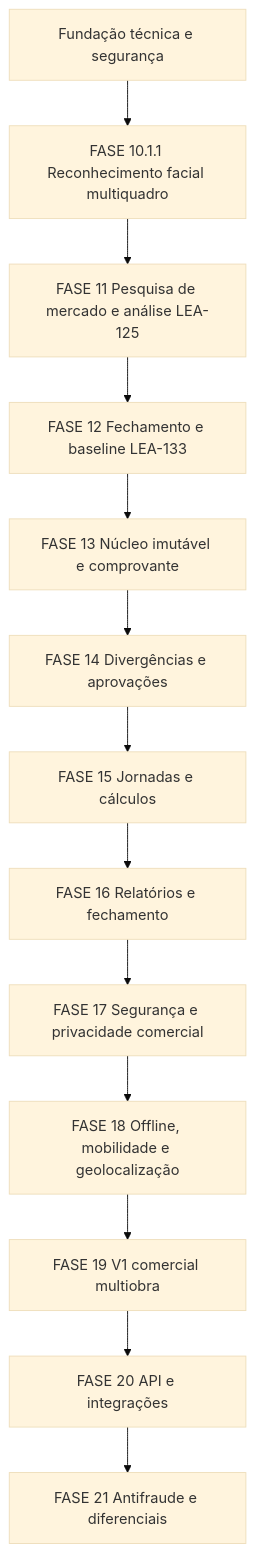
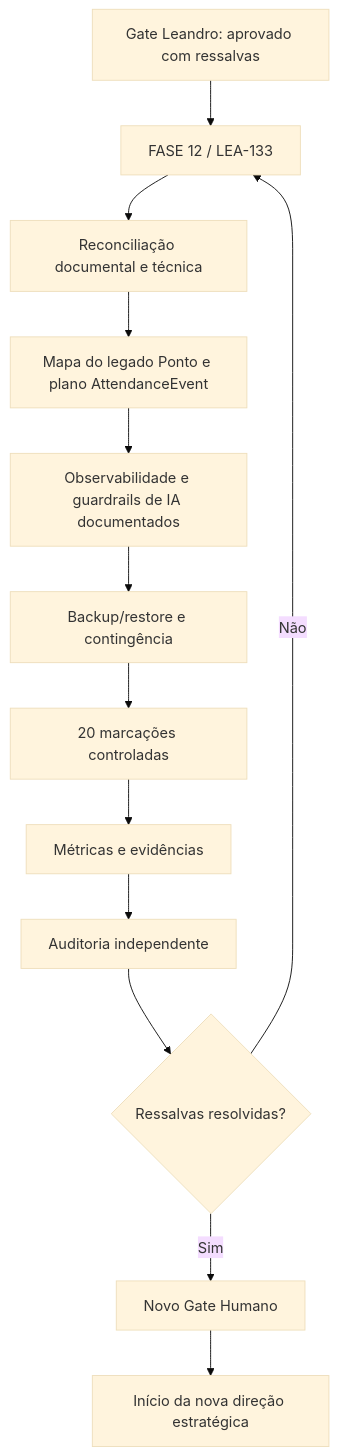
The diagram in ROADMAP_CURRENT.md (leon337/reconhecimento_facial), drawn with Mermaid (base theme) before and after one commit. The commit also changed other lines of this file, not shown here.

Commit message:
docs: alinhar roadmap ao gate aprovado com ressalvas

````diff
--- a/ROADMAP_CURRENT.md
+++ b/ROADMAP_CURRENT.md
@@ -39,15 +43,15 @@
 ```mermaid
 flowchart TD
-    A[Fundação técnica e segurança] --> B[FASE 10.1.1 Reconhecimento facial multiquadro]
-    B --> C[FASE 11 Pesquisa de mercado e análise LEA-125]
-    C --> D[FASE 12 Fechamento e baseline LEA-133]
-    D --> E[FASE 13 Núcleo imutável e comprovante]
-    E --> F[FASE 14 Divergências e aprovações]
-    F --> G[FASE 15 Jornadas e cálculos]
-    G --> H[FASE 16 Relatórios e fechamento]
-    H --> I[FASE 17 Segurança e privacidade comercial]
-    I --> J[FASE 18 Offline, mobilidade e geolocalização]
-    J --> K[FASE 19 V1 comercial multiobra]
-    K --> L[FASE 20 API e integrações]
-    L --> M[FASE 21 Antifraude e diferenciais]
+    A[Gate Leandro: aprovado com ressalvas] --> B[FASE 12 / LEA-133]
+    B --> C[Reconciliação documental e técnica]
+    C --> D[Mapa do legado Ponto e plano AttendanceEvent]
+    D --> E[Observabilidade e guardrails de IA documentados]
+    E --> F[Backup/restore e contingência]
+    F --> G[20 marcações controladas]
+    G --> H[Métricas e evidências]
+    H --> I[Auditoria independente]
+    I --> J{Ressalvas resolvidas?}
+    J -- Não --> B
+    J -- Sim --> K[Novo Gate Humano]
+    K --> L[Início da nova direção estratégica]
 ```
````
